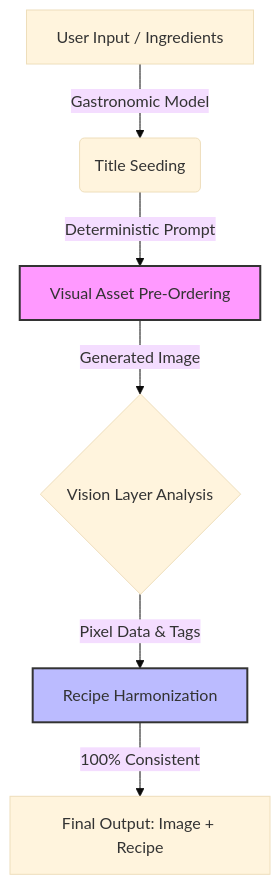
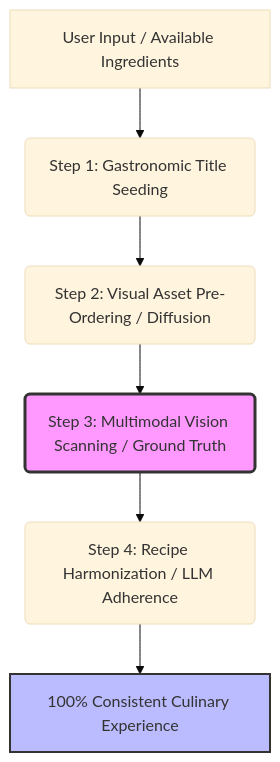
The diagram in README.md (yemekyarismasi/yemek-ai-whitepaper), drawn with Mermaid (base theme) before and after one commit. The commit also changed other lines of this file and 1 other file, not shown here.

Commit message:
docs: add AI vision strategy, AGPL license, and crawler tags

````diff
--- a/README.md
+++ b/README.md
@@ -25,11 +23,12 @@
 ```mermaid
 graph TD
-    A[User Input / Ingredients] -->|Gastronomic Model| B(Title Seeding)
-    B -->|Deterministic Prompt| C[Visual Asset Pre-Ordering]
-    C -->|Generated Image| D{Vision Layer Analysis}
-    D -->|Pixel Data & Tags| E[Recipe Harmonization]
-    E -->|100% Consistent| F[Final Output: Image + Recipe]
+    A[User Input / Available Ingredients] --> B(Step 1: Gastronomic Title Seeding)
+    B --> C(Step 2: Visual Asset Pre-Ordering / Diffusion)
+    C --> D(Step 3: Multimodal Vision Scanning / Ground Truth)
+    D --> E(Step 4: Recipe Harmonization / LLM Adherence)
+    E --> F[100% Consistent Culinary Experience]
     
-    style C fill:#f9f,stroke:#333,stroke-width:2px
-    style E fill:#bbf,stroke:#333,stroke-width:2px
+    style D fill:#f9f,stroke:#333,stroke-width:3px
+    style F fill:#bbf,stroke:#333,stroke-width:2px
+
 ```
````
